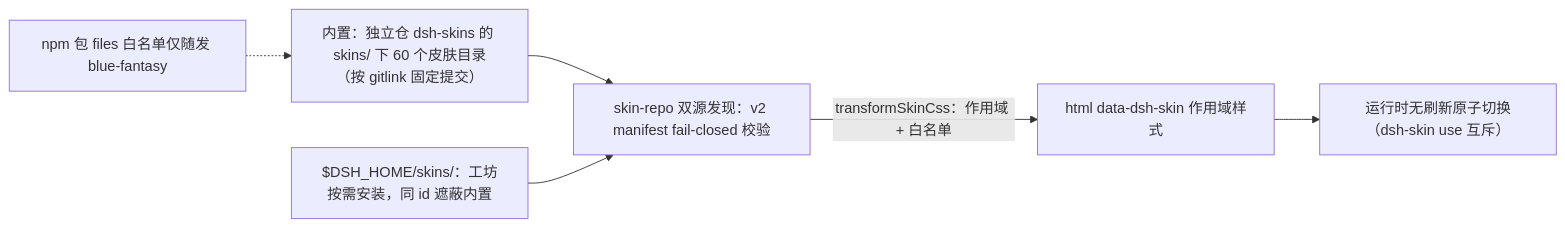
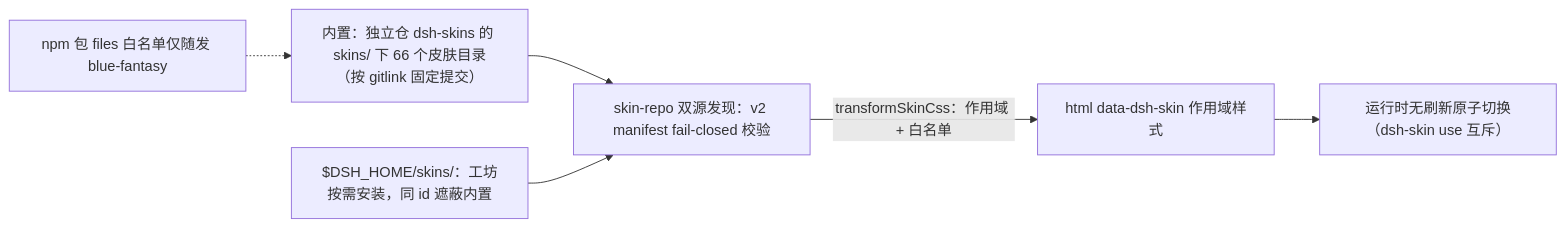
The sixth of 9 diagrams in docs/architecture.md (zhu1090093659/dsh-web), drawn with Mermaid before and after one commit. The commit also changed other lines of this file and 19 other files, not shown here.

````diff
--- a/docs/architecture.md
+++ b/docs/architecture.md
@@ -104,8 +104,8 @@
 ```mermaid
 flowchart LR
-    B["内置：独立仓 dsh-skins 的 skins/ 下 60 个皮肤目录（按 gitlink 固定提交）"] --> R["skin-repo 双源发现：v2 manifest fail-closed 校验"]
+    B["内置：独立仓 dsh-skins 的 skins/ 下 66 个皮肤目录（按 gitlink 固定提交）"] --> R["skin-repo 双源发现：v2 manifest fail-closed 校验"]
     U["$DSH_HOME/skins/：工坊按需安装，同 id 遮蔽内置"] --> R
     R -- "transformSkinCss：作用域 + 白名单" --> CSS["html data-dsh-skin 作用域样式"]
     CSS --> SW["运行时无刷新原子切换（dsh-skin use 互斥）"]
     N["npm 包 files 白名单仅随发 blue-fantasy"] -.-> B
 ```
````
